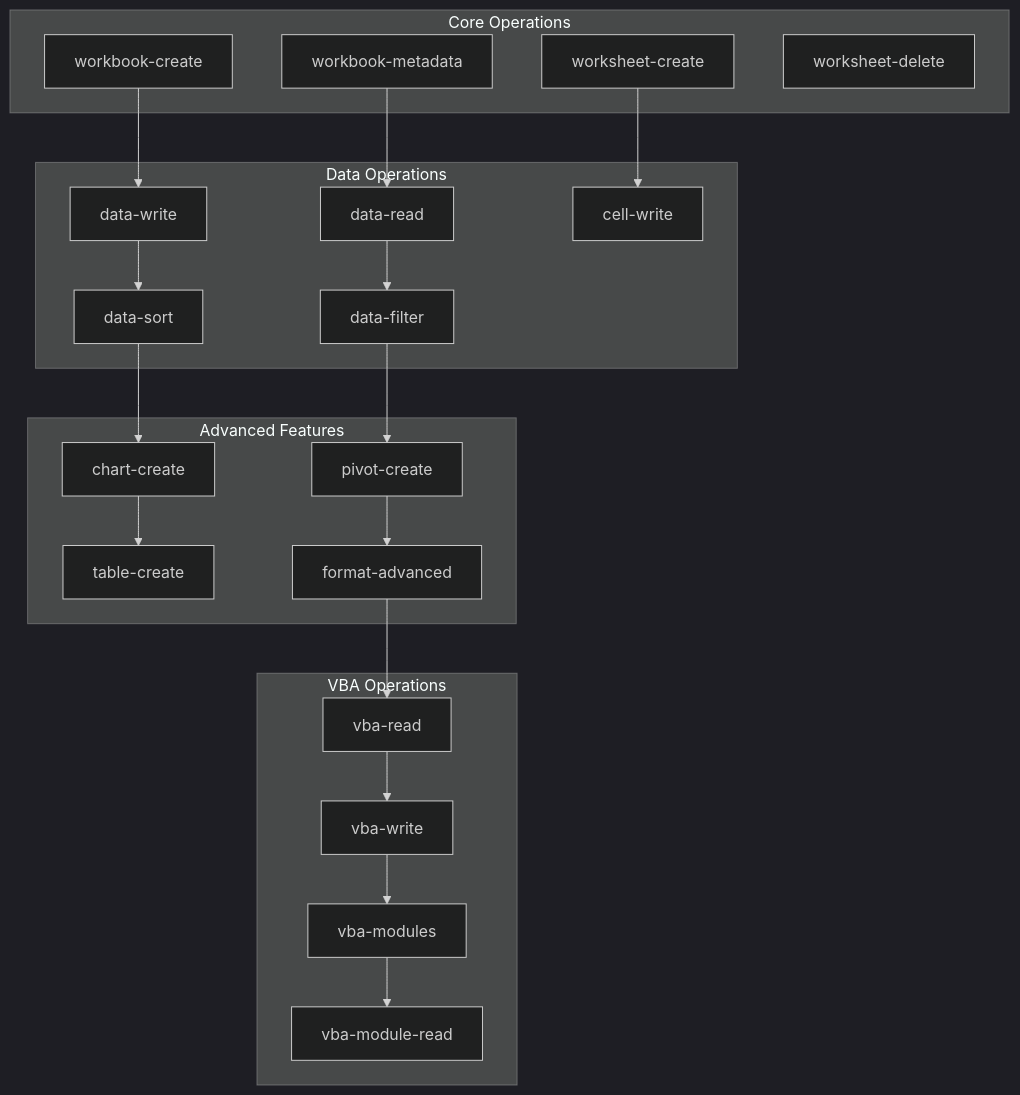
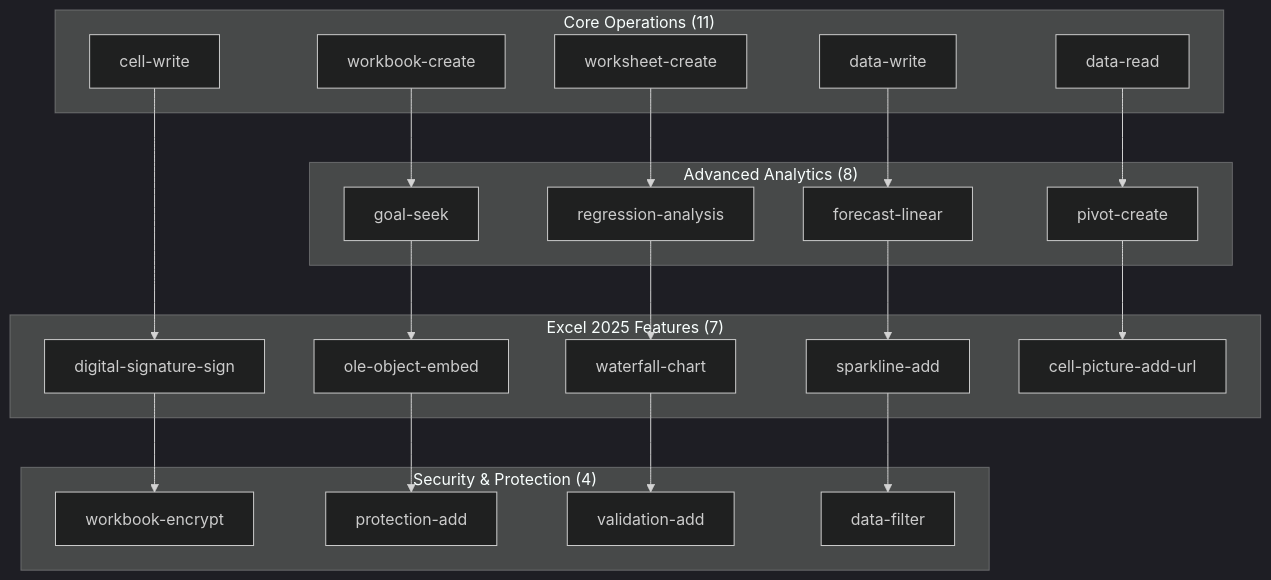
Before and after one commit to serhabdel/Excel-mcp-dotnet: the third of 8 diagrams in README.md, drawn with Mermaid (dark theme). The commit also changed other lines of this file and 13 other files, not shown here.

````diff
--- a/README.md
+++ b/README.md
@@ -162,45 +158,46 @@
 ```mermaid
 graph TD
-    subgraph "Core Operations"
+    subgraph "Core Operations (11)"
         A[workbook-create]
-        B[workbook-metadata]
-        C[worksheet-create]
-        D[worksheet-delete]
+        B[worksheet-create]
+        C[data-write]
+        D[data-read]
+        E[cell-write]
     end
     
-    subgraph "Data Operations"
-        E[data-write]
-        F[data-read]
-        G[cell-write]
-        H[data-sort]
-        I[data-filter]
+    subgraph "Advanced Analytics (8)"
+        F[goal-seek]
+        G[regression-analysis]
+        H[forecast-linear]
+        I[pivot-create]
     end
     
-    subgraph "Advanced Features"
-        J[chart-create]
-        K[pivot-create]
-        L[table-create]
-        M[format-advanced]
+    subgraph "Excel 2025 Features (7)"
+        J[digital-signature-sign]
+        K[ole-object-embed]
+        L[waterfall-chart]
+        M[sparkline-add]
+        N[cell-picture-add-url]
     end
     
-    subgraph "VBA Operations"
-        N[vba-read]
-        O[vba-write]
-        P[vba-modules]
-        Q[vba-module-read]
+    subgraph "Security & Protection (4)"
+        O[workbook-encrypt]
+        P[protection-add]
+        Q[validation-add]
+        R[data-filter]
     end
     
-    A --> E
-    B --> F
-    C --> G
-    E --> H
-    F --> I
-    H --> J
-    I --> K
-    J --> L
-    K --> M
-    M --> N
-    N --> O
-    O --> P
-    P --> Q
+    A --> F
+    B --> G
+    C --> H
+    D --> I
+    E --> J
+    F --> K
+    G --> L
+    H --> M
+    I --> N
+    J --> O
+    K --> P
+    L --> Q
+    M --> R
 ```
````
